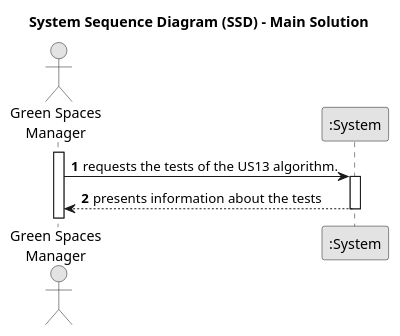
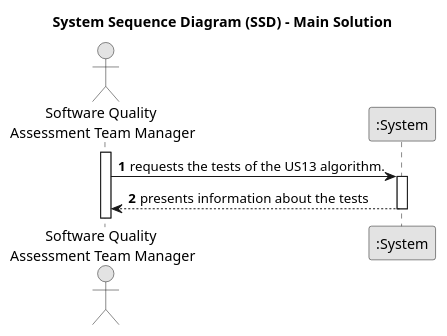
One commit to Departamento-de-Engenharia-Informatica/lei-24-s2-1dkl-g134 changed the diagram in docs/sprintB/us014/01.requirements-engineering/puml/us014-system-sequence-diagram-main-solution.puml. Above: the diagram before and after it, drawn with PlantUML. The commit also changed 4 other files, not shown here.

```diff
--- a/docs/sprintB/us014/01.requirements-engineering/puml/us014-system-sequence-diagram-main-solution.puml
+++ b/docs/sprintB/us014/01.requirements-engineering/puml/us014-system-sequence-diagram-main-solution.puml
@@ -1,21 +1,21 @@
 @startuml
 skinparam monochrome true
 skinparam packageStyle rectangle
 skinparam shadowing false
 
 title System Sequence Diagram (SSD) - Main Solution
 
 autonumber
 
-actor "Green Spaces\nManager" as Manager
+actor "Software Quality \nAssessment Team Manager" as Manager
 participant ":System" as System
 
 activate Manager
 
     Manager -> System : requests the tests of the US13 algorithm.
     activate System
 
         System --> Manager :presents information about the tests
     deactivate System
 
 @enduml
```
